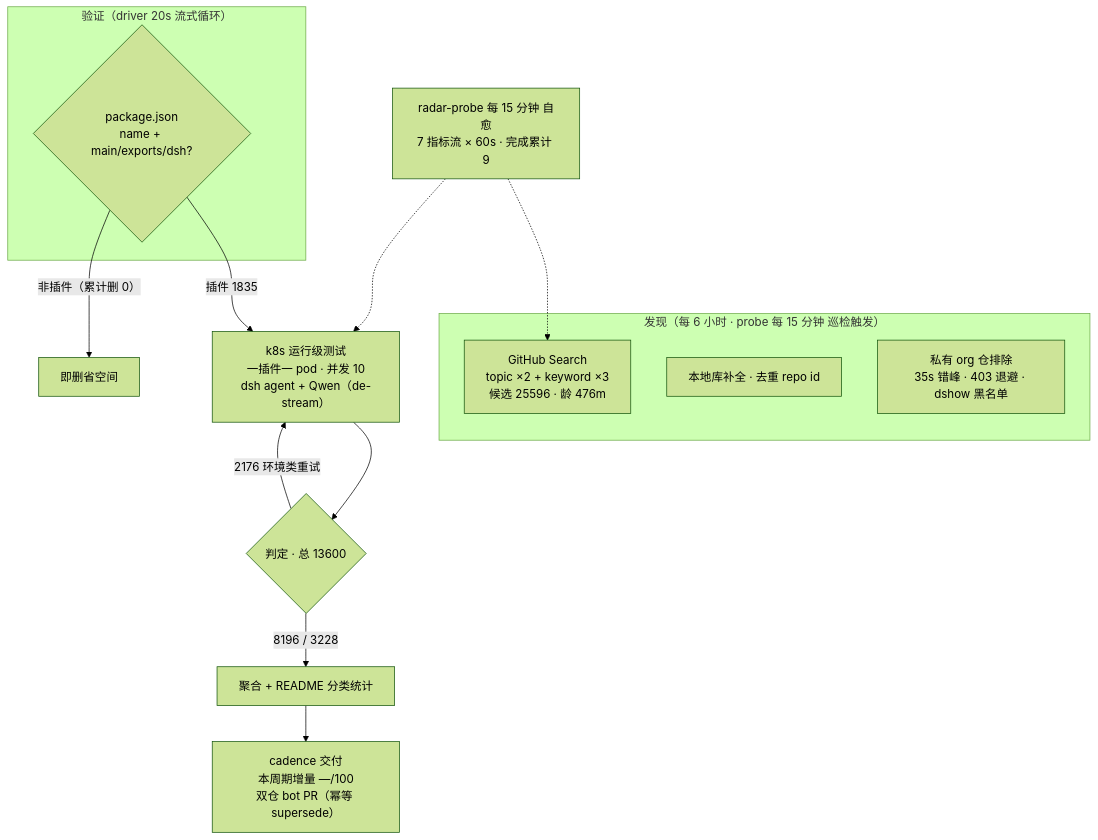
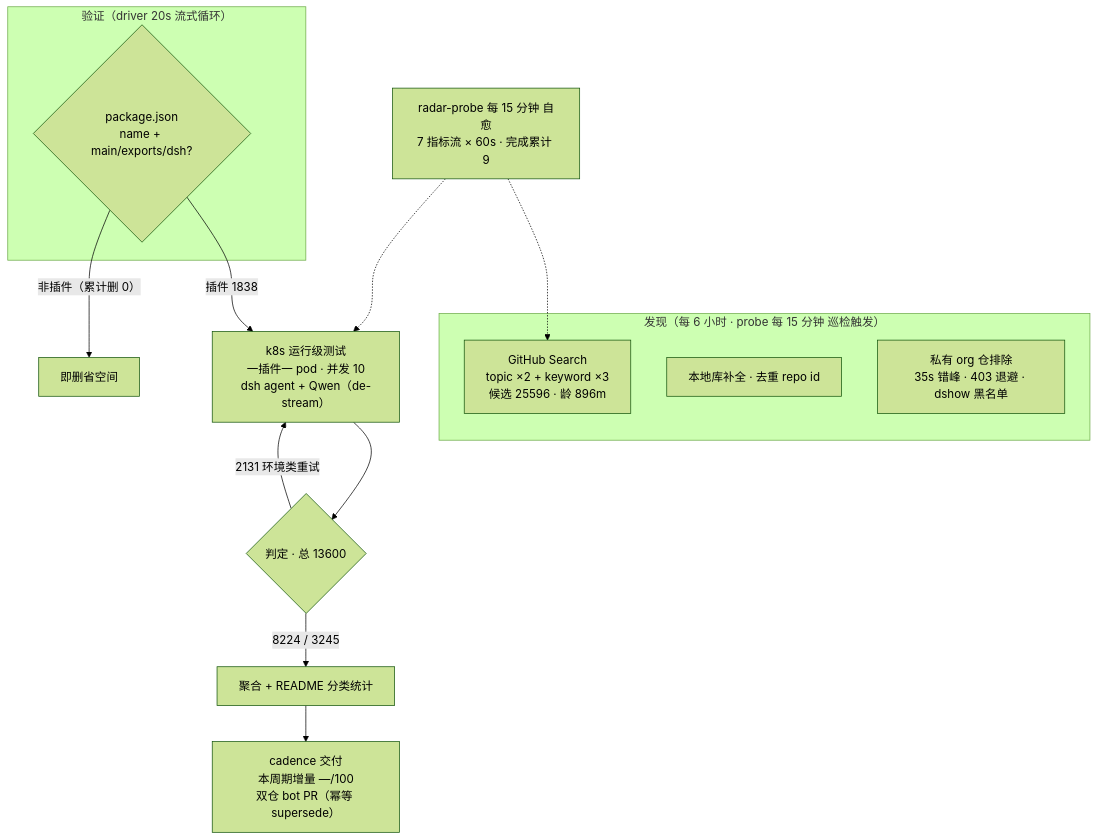
One commit to Zhidao-Lab-OSS/awesome-dsh-plugins changed the diagram in README.md. Above: the diagram before and after it, drawn with Mermaid (forest theme). The commit also changed other lines of this file and 1 other file, not shown here.

````diff
--- a/README.md
+++ b/README.md
@@ -178,20 +177,20 @@
 ```mermaid
 flowchart TB
     subgraph Discovery["发现（每 6 小时 · probe 每 15 分钟 巡检触发）"]
-        A1["GitHub Search<br/>topic ×2 + keyword ×3<br/>候选 25596 · 龄 476m"]
+        A1["GitHub Search<br/>topic ×2 + keyword ×3<br/>候选 25596 · 龄 896m"]
         A2["本地库补全 · 去重 repo id"]
         A3["私有 org 仓排除<br/>35s 错峰 · 403 退避 · dshow 黑名单"]
     end
     subgraph Validation["验证（driver 20s 流式循环）"]
         B1{"package.json<br/>name + main/exports/dsh?"}
     end
-    B1 -->|"插件 1835"| C1["k8s 运行级测试<br/>一插件一 pod · 并发 10<br/>dsh agent + Qwen（de-stream）"]
+    B1 -->|"插件 1838"| C1["k8s 运行级测试<br/>一插件一 pod · 并发 10<br/>dsh agent + Qwen（de-stream）"]
     B1 -->|"非插件（累计删 0）"| B3["即删省空间"]
     C1 --> D1{"判定 · 总 13600"}
-    D1 -->|"8196 / 3228"| E1["聚合 + README 分类统计"]
-    D1 -->|"2176 环境类重试"| C1
+    D1 -->|"8224 / 3245"| E1["聚合 + README 分类统计"]
+    D1 -->|"2131 环境类重试"| C1
     E1 --> E2["cadence 交付<br/>本周期增量 —/100<br/>双仓 bot PR（幂等 supersede）"]
     M["radar-probe 每 15 分钟 自愈<br/>7 指标流 × 60s · 完成累计 9"]
     M -.-> A1
     M -.-> C1
 ```
````
